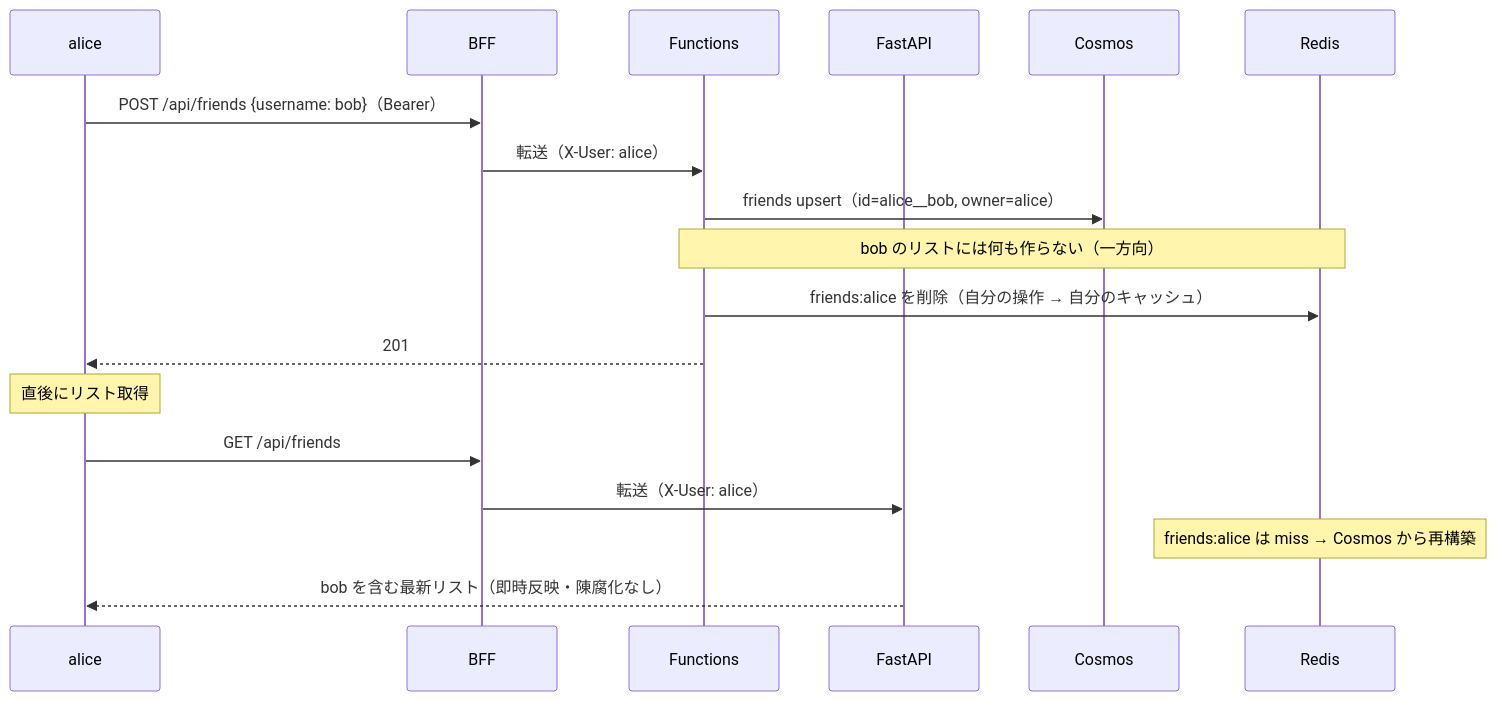
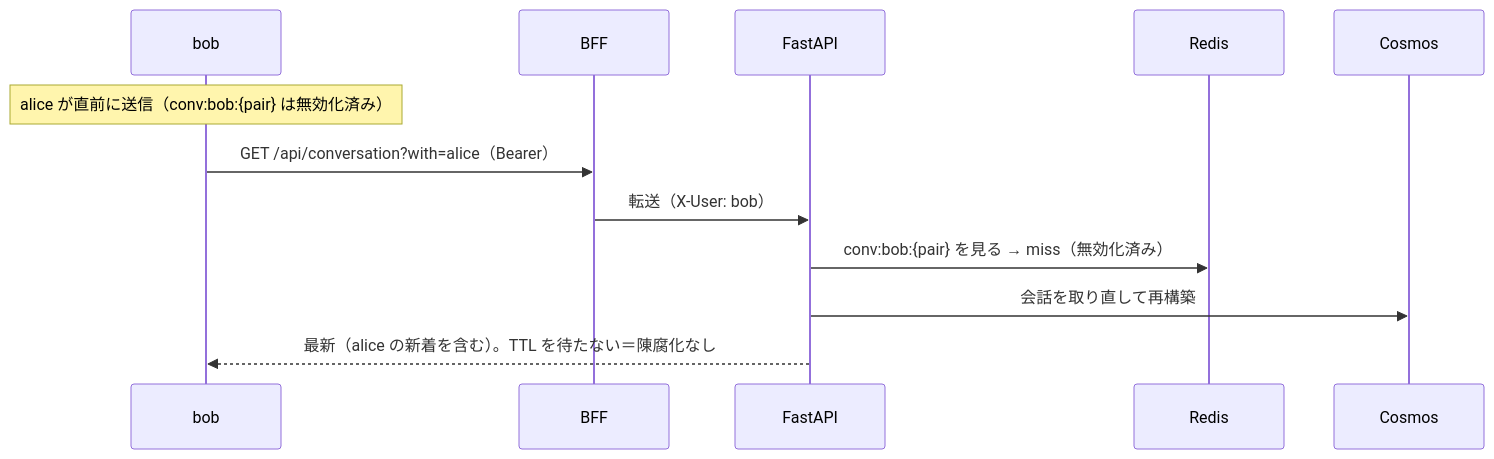
Before and after one commit to fdshg693/azure-weekly-study: the fourth of 5 diagrams in projects/message_app/MERMAID.md, drawn with Mermaid. The commit also changed other lines of this file and 4 other files, not shown here.

````diff
--- a/projects/message_app/MERMAID.md
+++ b/projects/message_app/MERMAID.md
@@ -81,22 +78,15 @@
 ```mermaid
 sequenceDiagram
-  participant A as alice
+  participant B as bob
   participant BFF
-  participant FUNC as Functions
   participant API as FastAPI
+  participant REDIS as Redis
   participant COSMOS as Cosmos
-  participant REDIS as Redis
 
-  A->>BFF: POST /api/friends {username: bob}（Bearer）
-  BFF->>FUNC: 転送（X-User: alice）
-  FUNC->>COSMOS: friends upsert（id=alice__bob, owner=alice）
-  Note over FUNC,REDIS: bob のリストには何も作らない（一方向）
-  FUNC->>REDIS: friends:alice を削除（自分の操作 → 自分のキャッシュ）
-  FUNC-->>A: 201
-
-  Note over A: 直後にリスト取得
-  A->>BFF: GET /api/friends
-  BFF->>API: 転送（X-User: alice）
-  Note over REDIS: friends:alice は miss → Cosmos から再構築
-  API-->>A: bob を含む最新リスト（即時反映・陳腐化なし）
+  Note over B: alice が直前に送信（conv:bob:{pair} は無効化済み）
+  B->>BFF: GET /api/conversation?with=alice（Bearer）
+  BFF->>API: 転送（X-User: bob）
+  API->>REDIS: conv:bob:{pair} を見る → miss（無効化済み）
+  API->>COSMOS: 会話を取り直して再構築
+  API-->>B: 最新（alice の新着を含む）。TTL を待たない＝陳腐化なし
 ```
````
